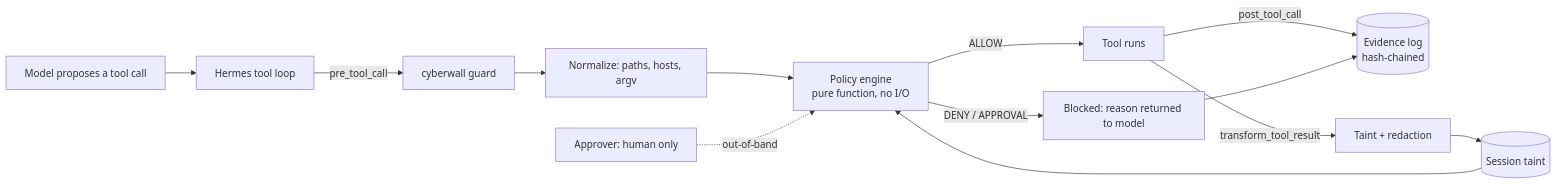
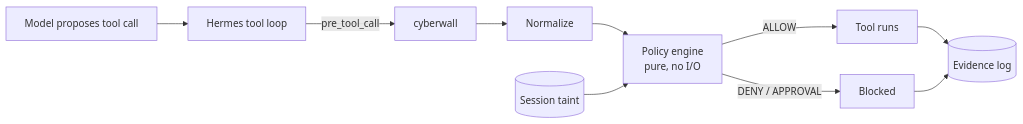
One commit to omermindivanli/cyberwall changed the diagram in README.md. Above: the diagram before and after it, drawn with Mermaid. The commit also changed other lines of this file and 1 other file, not shown here.

````diff
--- a/README.md
+++ b/README.md
@@ -72,15 +82,12 @@
 ```mermaid
 flowchart LR
-    M[Model proposes a tool call] --> H[Hermes tool loop]
-    H -->|pre_tool_call| G[cyberwall guard]
-    G --> N[Normalize: paths, hosts, argv]
-    N --> E[Policy engine<br/>pure function, no I/O]
+    M[Model proposes tool call] --> H[Hermes tool loop]
+    H -->|pre_tool_call| G[cyberwall]
+    G --> N[Normalize]
+    N --> E[Policy engine<br/>pure, no I/O]
     S[(Session taint)] --> E
     E -->|ALLOW| T[Tool runs]
-    E -->|DENY / APPROVAL| B[Blocked: reason returned to model]
-    T -->|post_tool_call| L[(Evidence log<br/>hash-chained)]
+    E -->|DENY / APPROVAL| B[Blocked]
+    T --> L[(Evidence log)]
     B --> L
-    T -->|transform_tool_result| X[Taint + redaction]
-    X --> S
-    A[Approver: human only] -.out-of-band.-> E
 ```
````
